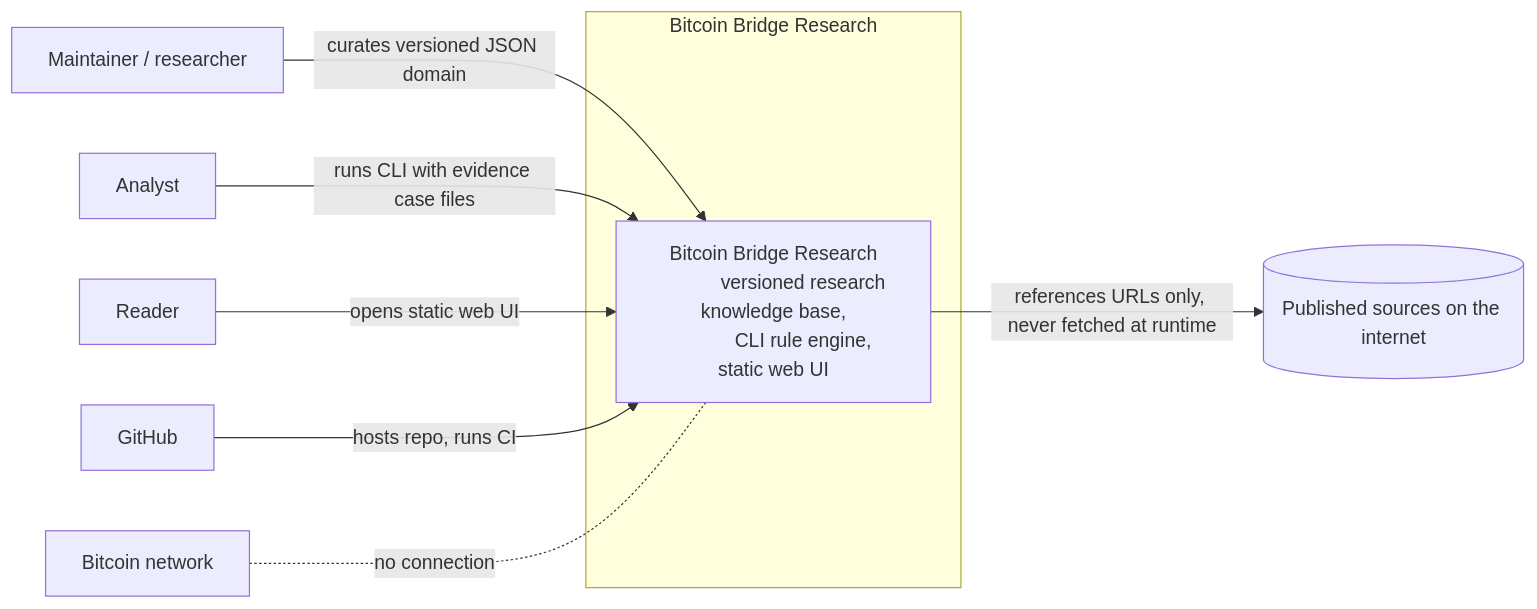
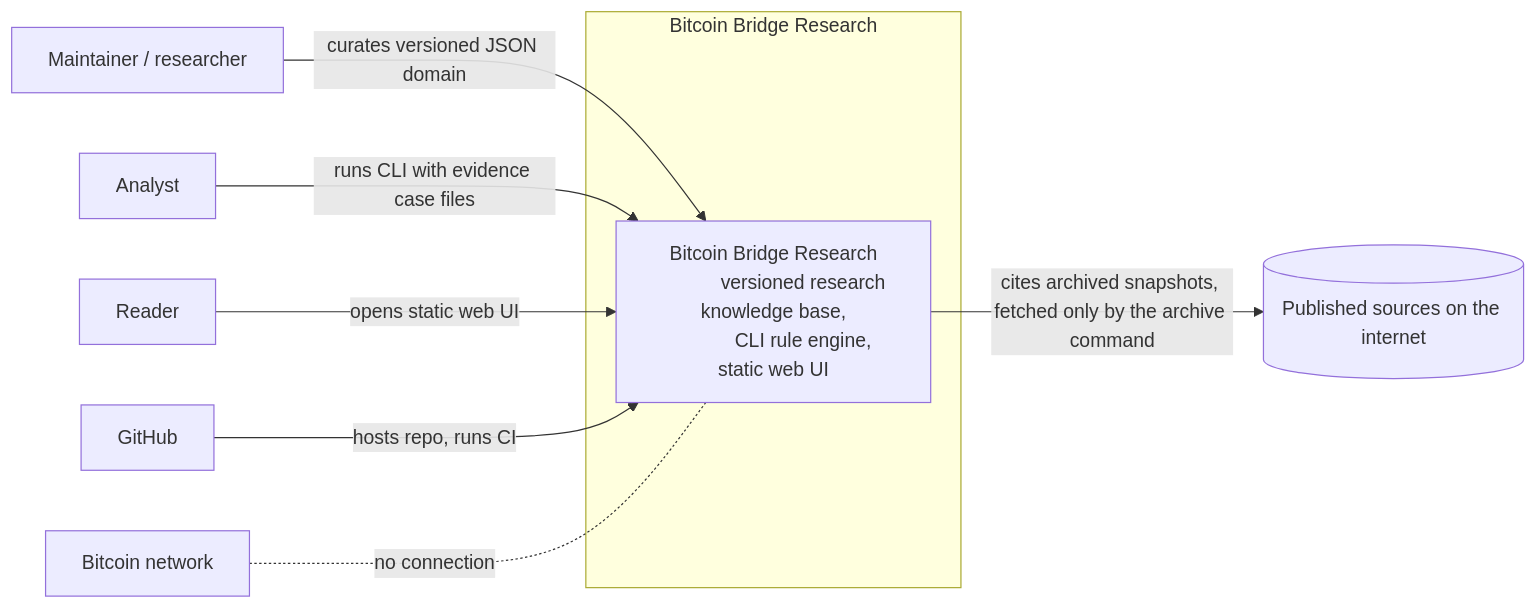
Before and after one commit to bitkojine/bitcoin-bridge-research: the first of 5 diagrams in docs/architecture-c4.md, drawn with Mermaid. The commit also changed other lines of this file and 31 other files, not shown here.

````diff
--- a/docs/architecture-c4.md
+++ b/docs/architecture-c4.md
@@ -11,16 +11,16 @@
 ```mermaid
 flowchart LR
     subgraph "Bitcoin Bridge Research"
         SYS["Bitcoin Bridge Research
             versioned research knowledge base,
             CLI rule engine, static web UI"]
     end
 
     Maintainer["Maintainer / researcher"] -->|curates versioned JSON domain| SYS
     Analyst["Analyst"] -->|runs CLI with evidence case files| SYS
     Reader["Reader"] -->|opens static web UI| SYS
 
-    SYS -->|references URLs only, never fetched at runtime| SOURCES[("Published sources on the internet")]
+    SYS -->|cites archived snapshots, fetched only by the archive command| SOURCES[("Published sources on the internet")]
     GitHub["GitHub"] -->|hosts repo, runs CI| SYS
     Node["Bitcoin network"] -. no connection .- SYS
 ```
````
